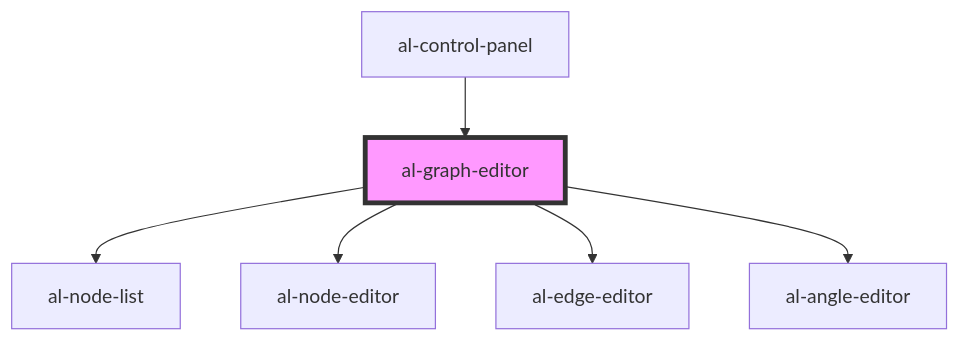
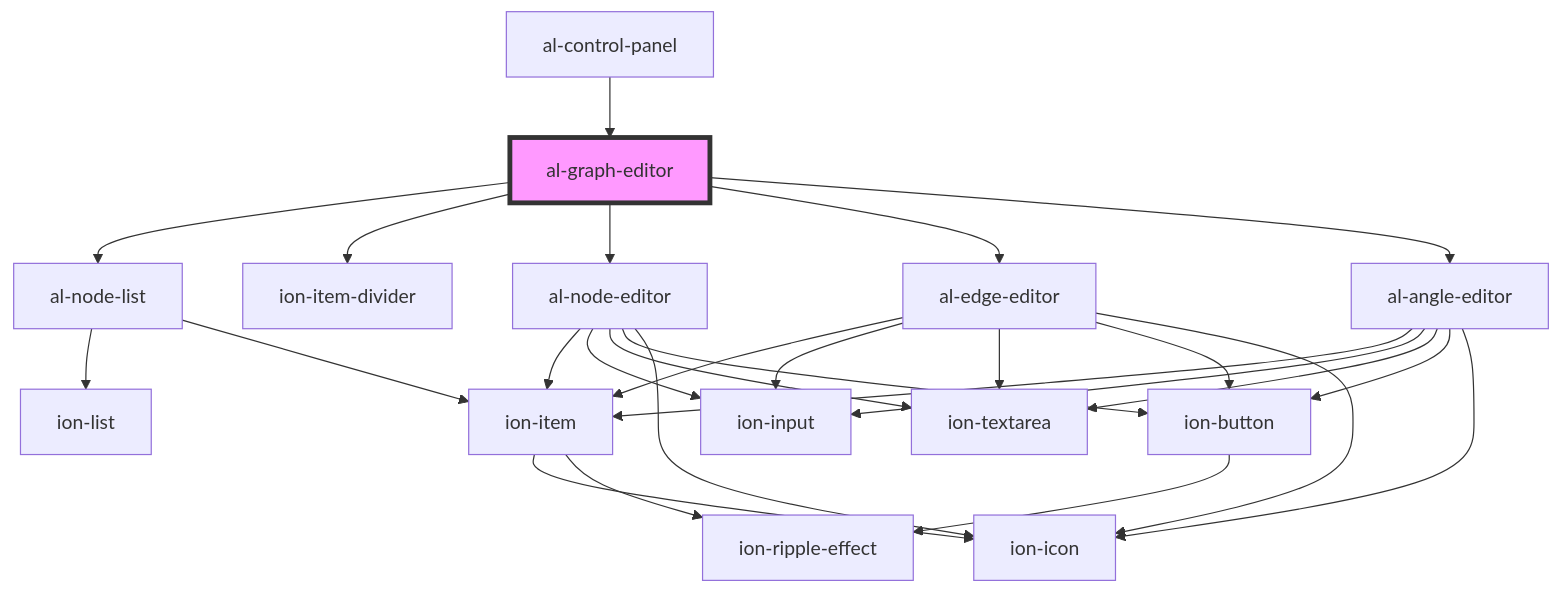
The diagram in src/components/al-graph-editor/readme.md (aleph-viewer/aleph), drawn with Mermaid before and after one commit. The commit also changed other lines of this file and 11 other files, not shown here.

````diff
--- a/src/components/al-graph-editor/readme.md
+++ b/src/components/al-graph-editor/readme.md
@@ -33,9 +34,30 @@
 ```mermaid
 graph TD;
   al-graph-editor --> al-node-list
+  al-graph-editor --> ion-item-divider
   al-graph-editor --> al-node-editor
   al-graph-editor --> al-edge-editor
   al-graph-editor --> al-angle-editor
+  al-node-list --> ion-list
+  al-node-list --> ion-item
+  ion-item --> ion-icon
+  ion-item --> ion-ripple-effect
+  al-node-editor --> ion-item
+  al-node-editor --> ion-input
+  al-node-editor --> ion-textarea
+  al-node-editor --> ion-button
+  al-node-editor --> ion-icon
+  ion-button --> ion-ripple-effect
+  al-edge-editor --> ion-item
+  al-edge-editor --> ion-input
+  al-edge-editor --> ion-textarea
+  al-edge-editor --> ion-button
+  al-edge-editor --> ion-icon
+  al-angle-editor --> ion-item
+  al-angle-editor --> ion-input
+  al-angle-editor --> ion-textarea
+  al-angle-editor --> ion-button
+  al-angle-editor --> ion-icon
   al-control-panel --> al-graph-editor
   style al-graph-editor fill:#f9f,stroke:#333,stroke-width:4px
 ```
````
